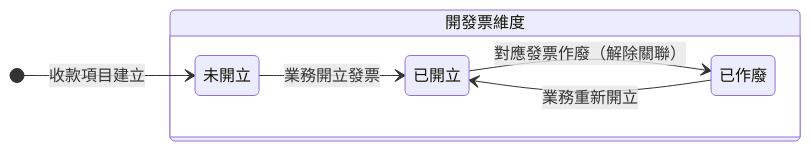
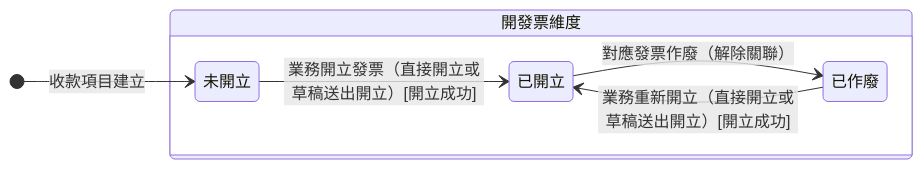
The first of 2 diagrams in memory/Sens_wiki/wiki/erp/06-state-machines/收款項目狀態.md (Kawato-Miles/erp-spec), drawn with Mermaid before and after one commit. The commit also changed other lines of this file and 84 other files, not shown here.

````diff
--- a/memory/Sens_wiki/wiki/erp/06-state-machines/收款項目狀態.md
+++ b/memory/Sens_wiki/wiki/erp/06-state-machines/收款項目狀態.md
@@ -53,17 +56,17 @@
 ```mermaid
 stateDiagram-v2
     direction LR
 
     [*] --> i_none : 收款項目建立
 
     state "開發票維度" as g_invoice {
         direction LR
         state "未開立" as i_none
         state "已開立" as i_issued
         state "已作廢" as i_void
 
-        i_none --> i_issued : 業務開立發票
+        i_none --> i_issued : 業務開立發票（直接開立或草稿送出開立）[開立成功]
         i_issued --> i_void : 對應發票作廢（解除關聯）
-        i_void --> i_issued : 業務重新開立
+        i_void --> i_issued : 業務重新開立（直接開立或草稿送出開立）[開立成功]
     }
 ```
````
